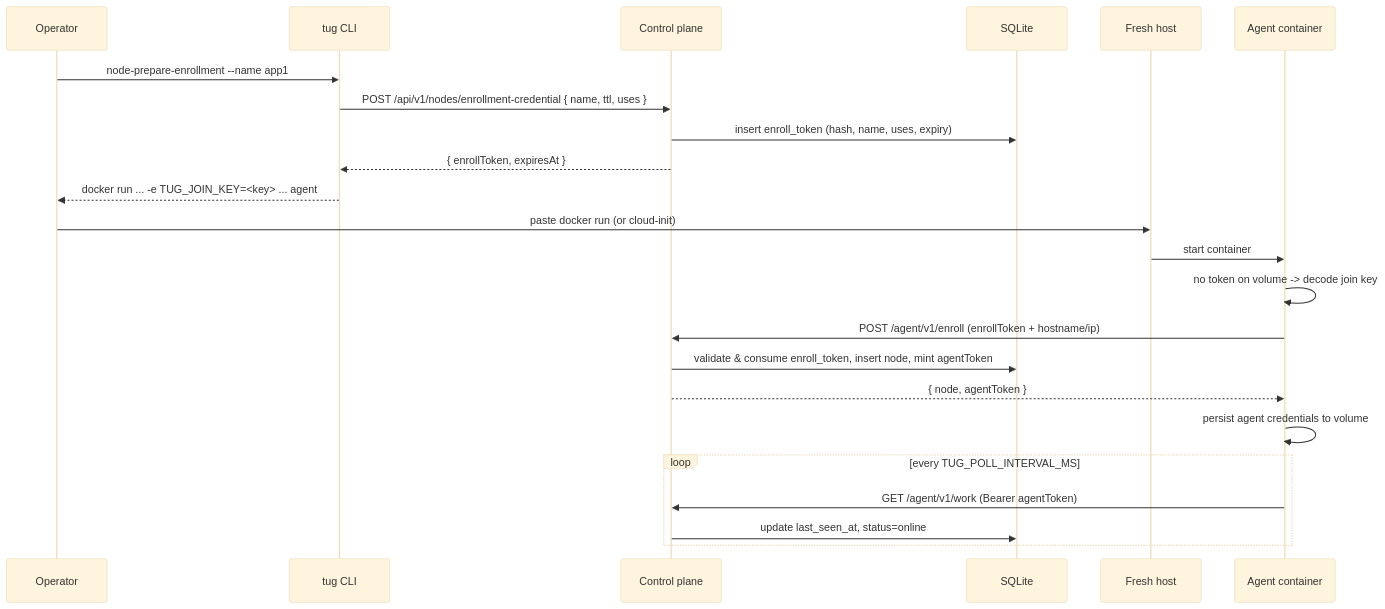
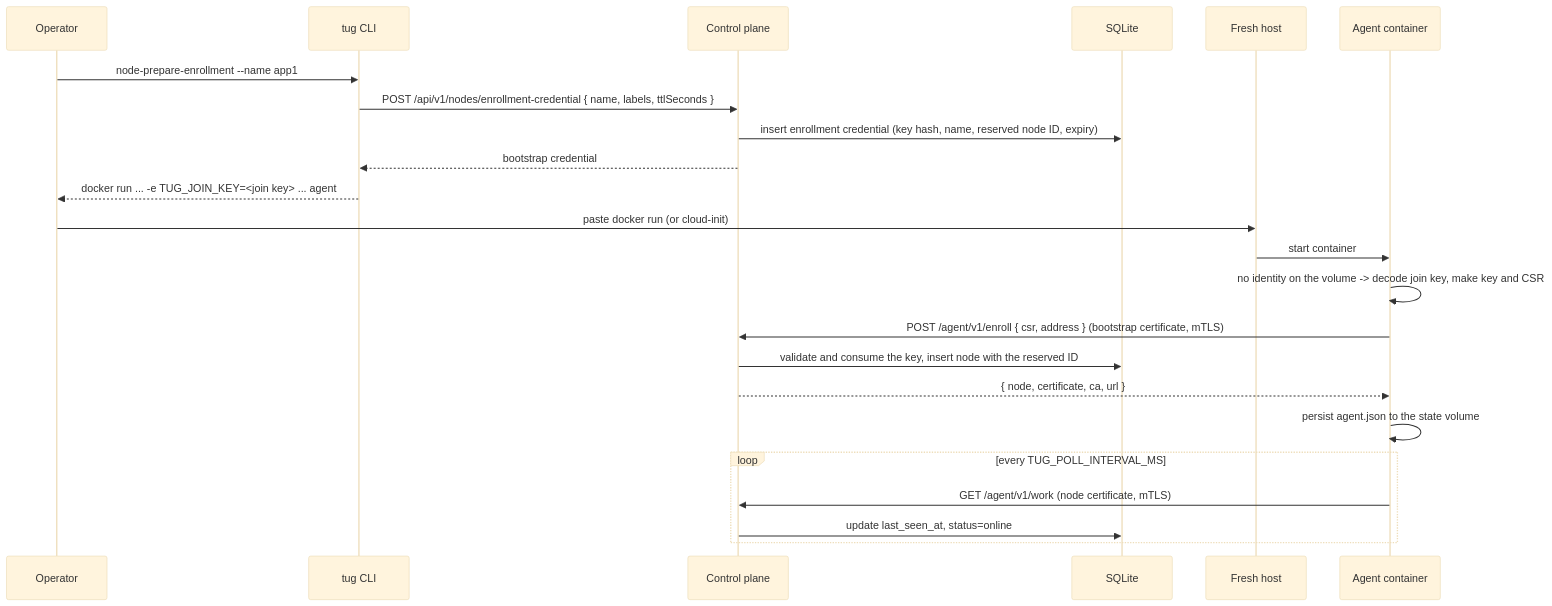
The second of 5 diagrams in docs/architecture.md (wpelevator/tug), drawn with Mermaid (base theme) before and after one commit. The commit also changed other lines of this file and 19 other files, not shown here.

First line of the commit message:
docs: match the mTLS, Engine API and node ID implementation; terminology status; changeset

````diff
--- a/docs/architecture.md
+++ b/docs/architecture.md
@@ -88,26 +95,26 @@
 ```mermaid
 sequenceDiagram
     participant Op as Operator
     participant CLI as tug CLI
     participant Ctrl as Control plane
     participant DB as SQLite
     participant Host as Fresh host
     participant Agent as Agent container
 
     Op->>CLI: node-prepare-enrollment --name app1
-    CLI->>Ctrl: POST /api/v1/nodes/enrollment-credential { name, ttl, uses }
-    Ctrl->>DB: insert enroll_token (hash, name, uses, expiry)
-    Ctrl-->>CLI: { enrollToken, expiresAt }
-    CLI-->>Op: docker run ... -e TUG_JOIN_KEY=<key> ... agent
+    CLI->>Ctrl: POST /api/v1/nodes/enrollment-credential { name, labels, ttlSeconds }
+    Ctrl->>DB: insert enrollment credential (key hash, name, reserved node ID, expiry)
+    Ctrl-->>CLI: bootstrap credential
+    CLI-->>Op: docker run ... -e TUG_JOIN_KEY=<join key> ... agent
     Op->>Host: paste docker run (or cloud-init)
     Host->>Agent: start container
-    Agent->>Agent: no token on volume -> decode join key
-    Agent->>Ctrl: POST /agent/v1/enroll (enrollToken + hostname/ip)
-    Ctrl->>DB: validate & consume enroll_token, insert node, mint agentToken
-    Ctrl-->>Agent: { node, agentToken }
-    Agent->>Agent: persist agent credentials to volume
+    Agent->>Agent: no identity on the volume -> decode join key, make key and CSR
+    Agent->>Ctrl: POST /agent/v1/enroll { csr, address } (bootstrap certificate, mTLS)
+    Ctrl->>DB: validate and consume the key, insert node with the reserved ID
+    Ctrl-->>Agent: { node, certificate, ca, url }
+    Agent->>Agent: persist agent.json to the state volume
     loop every TUG_POLL_INTERVAL_MS
-        Agent->>Ctrl: GET /agent/v1/work (Bearer agentToken)
+        Agent->>Ctrl: GET /agent/v1/work (node certificate, mTLS)
         Ctrl->>DB: update last_seen_at, status=online
     end
 ```
````
